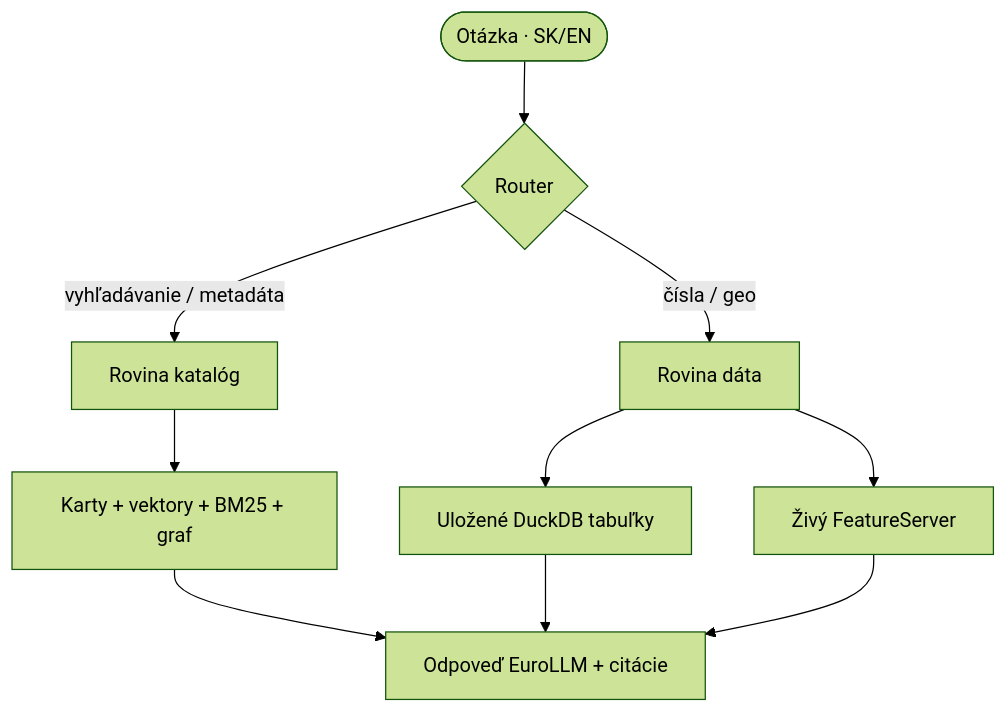
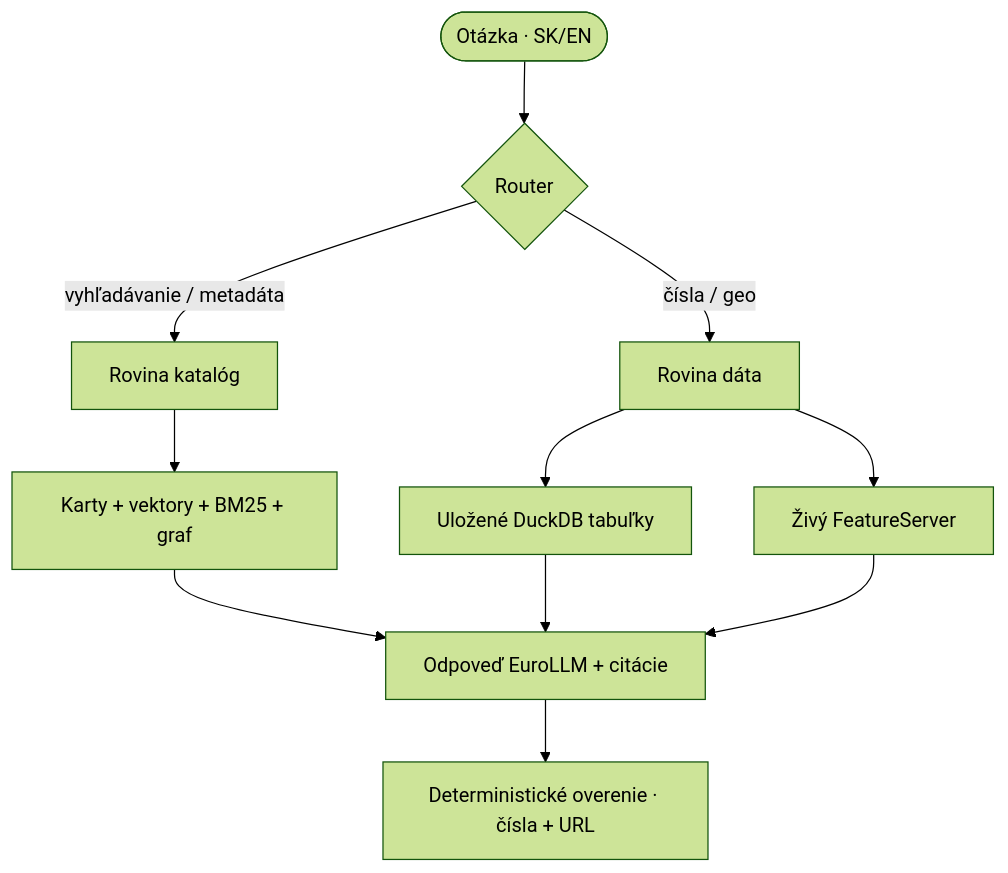
The diagram in docs/i18n/sk/docusaurus-plugin-content-docs/current/architecture.md (jzvolensky/open-data-llm), drawn with Mermaid (forest theme) before and after one commit. The commit also changed other lines of this file and 32 other files, not shown here.

````diff
--- a/docs/i18n/sk/docusaurus-plugin-content-docs/current/architecture.md
+++ b/docs/i18n/sk/docusaurus-plugin-content-docs/current/architecture.md
@@ -10,14 +10,15 @@
 ```mermaid
 flowchart TD
     Q([Otázka · SK/EN]) --> R{Router}
     R -->|vyhľadávanie / metadáta| C[Rovina katalóg]
     R -->|čísla / geo| D[Rovina dáta]
 
     C --> C1[Karty + vektory + BM25 + graf]
     D --> D1[Uložené DuckDB tabuľky]
     D --> D2[Živý FeatureServer]
 
     C1 --> A[Odpoveď EuroLLM + citácie]
     D1 --> A
     D2 --> A
+    A --> V[Deterministické overenie · čísla + URL]
 ```
````
